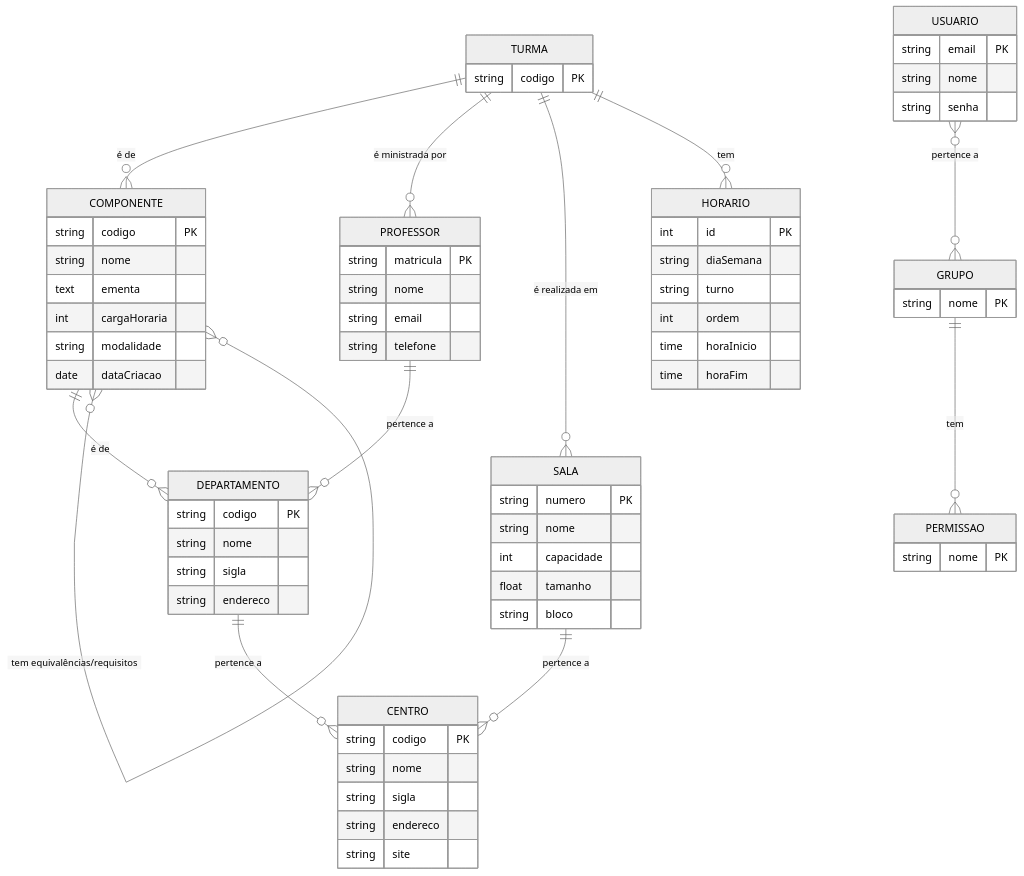
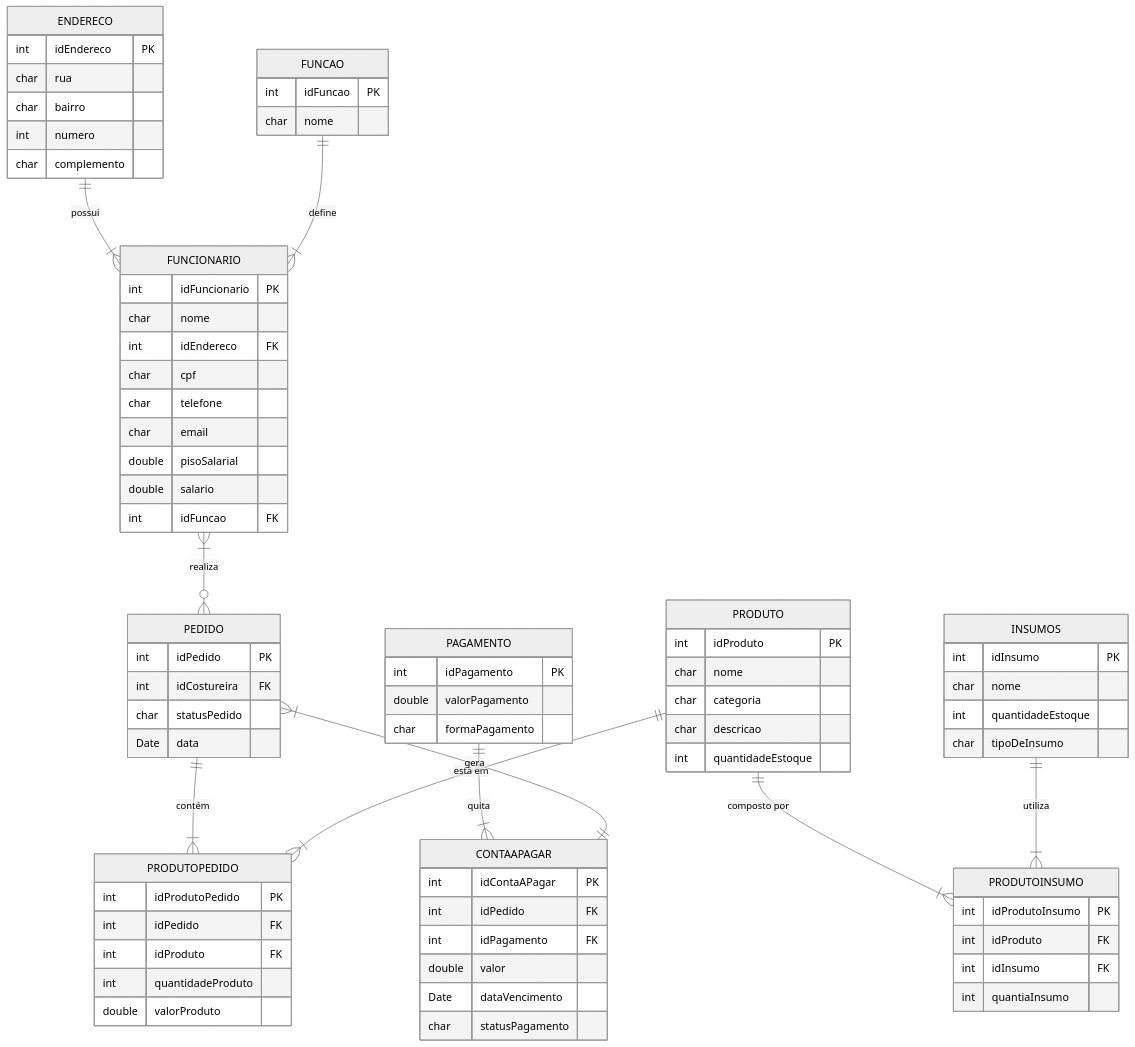
Before and after one commit to mtzdantas/sistema-bonelaria: the diagram in doc_visao.md, drawn with Mermaid (neutral theme).

Commit message:
Update doc_visao.md
adiconando modelo de dados

````diff
--- a/doc_visao.md
+++ b/doc_visao.md
@@ -156,80 +156,90 @@
 ```mermaid
 erDiagram
-    CENTRO {
-        string codigo PK
-        string nome
-        string sigla
-        string endereco
-        string site
+    ENDERECO {
+        int idEndereco PK
+        char rua
+        char bairro
+        int numero
+        char complemento
     }
+    ENDERECO ||--|{ FUNCIONARIO : "possui"
 
+    FUNCAO {
+        int idFuncao PK
+        char nome
+    }
+    FUNCAO ||--|{ FUNCIONARIO : "define"
 
-    DEPARTAMENTO {
-        string codigo PK
-        string nome
-        string sigla
-        string endereco
+    FUNCIONARIO {
+        int idFuncionario PK
+        char nome
+        int idEndereco FK
+        char cpf
+        char telefone
+        char email
+        double pisoSalarial
+        double salario
+        int idFuncao FK
     }
-    DEPARTAMENTO ||--o{ CENTRO : "pertence a"
+    FUNCIONARIO }|--o{ PEDIDO : "realiza"
 
-    SALA {
-        string numero PK
-        string nome
-        int capacidade
-        float tamanho
-        string bloco
+    PEDIDO {
+        int idPedido PK
+        int idCostureira FK
+        char statusPedido
+        Date data
     }
-    SALA ||--o{ CENTRO : "pertence a"
+    PEDIDO ||--|{ PRODUTOPEDIDO : "contém"
 
-    COMPONENTE {
-        string codigo PK
-        string nome
-        text ementa
-        int cargaHoraria
-        string modalidade
-        date dataCriacao
+    PRODUTO {
+        int idProduto PK
+        char nome
+        char categoria
+        char descricao
+        int quantidadeEstoque
     }
-    COMPONENTE ||--o{ DEPARTAMENTO : "é de"
-    COMPONENTE }o--o{ COMPONENTE : "tem equivalências/requisitos"
+    PRODUTO ||--|{ PRODUTOPEDIDO : "está em"
+    PRODUTO ||--|{ PRODUTOINSUMO : "composto por"
 
-    HORARIO {
-        int id PK
-        string diaSemana
-        string turno
-        int ordem
-        time horaInicio
-        time horaFim
+    PRODUTOPEDIDO {
+        int idProdutoPedido PK
+        int idPedido FK
+        int idProduto FK
+        int quantidadeProduto
+        double valorProduto
     }
+    
 
-    PROFESSOR {
-        string matricula PK
-        string nome
-        string email
-        string telefone
+    INSUMOS {
+        int idInsumo PK
+        char nome
+        int quantidadeEstoque
+        char tipoDeInsumo
     }
-    PROFESSOR ||--o{ DEPARTAMENTO : "pertence a"
+    INSUMOS ||--|{ PRODUTOINSUMO : "utiliza"
 
-    TURMA {
-        string codigo PK
+    PRODUTOINSUMO {
+        int idProdutoInsumo PK
+        int idProduto FK
+        int idInsumo FK
+        int quantiaInsumo
     }
-    TURMA ||--o{ COMPONENTE : "é de"
-    TURMA ||--o{ PROFESSOR : "é ministrada por"
-    TURMA ||--o{ SALA : "é realizada em"
-    TURMA ||--o{ HORARIO : "tem"
+    
 
-    USUARIO {
-        string email PK
-        string nome
-        string senha
+    PAGAMENTO {
+        int idPagamento PK
+        double valorPagamento
+        char formaPagamento
     }
-    USUARIO }o--o{ GRUPO : "pertence a"
+    PAGAMENTO ||--|{ CONTAAPAGAR : "quita"
 
-    GRUPO {
-        string nome PK
+    CONTAAPAGAR {
+        int idContaAPagar PK
+        int idPedido FK
+        int idPagamento FK
+        double valor
+        Date dataVencimento
+        char statusPagamento
     }
-    GRUPO ||--o{ PERMISSAO : "tem"
-
-    PERMISSAO {
-        string nome PK
-    }
+    PEDIDO }|--|| CONTAAPAGAR : "gera"
 ```
````
